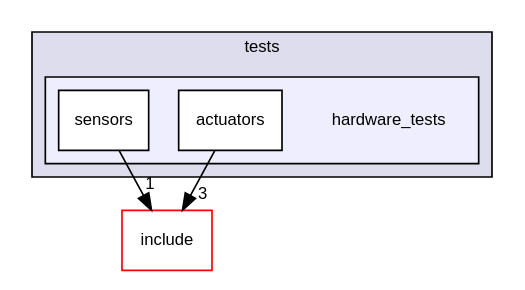
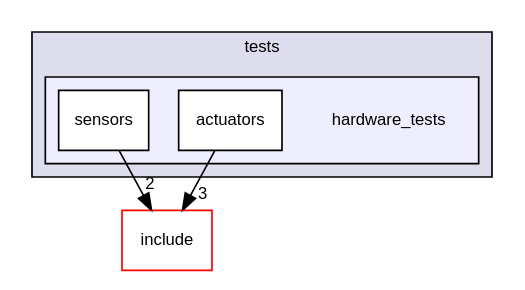
Before and after one commit to saleemhamo/traffic-light-system: the diagram in dir_00623b0af23f83b5340724c4324123c9_dep.dot, drawn with Graphviz. The commit also changed 138 other files, not shown here.

```diff
--- a/dir_00623b0af23f83b5340724c4324123c9_dep.dot
+++ b/dir_00623b0af23f83b5340724c4324123c9_dep.dot
@@ -1,17 +1,17 @@
 digraph "tests/hardware_tests" {
   compound=true
   node [ fontsize="10", fontname="Helvetica"];
   edge [ labelfontsize="10", labelfontname="Helvetica"];
   subgraph clusterdir_59425e443f801f1f2fd8bbe4959a3ccf {
     graph [ bgcolor="#ddddee", pencolor="black", label="tests" fontname="Helvetica", fontsize="10", URL="dir_59425e443f801f1f2fd8bbe4959a3ccf.html"]
   subgraph clusterdir_00623b0af23f83b5340724c4324123c9 {
     graph [ bgcolor="#eeeeff", pencolor="black", label="" URL="dir_00623b0af23f83b5340724c4324123c9.html"];
     dir_00623b0af23f83b5340724c4324123c9 [shape=plaintext label="hardware_tests"];
   dir_3af4d2c2347febd8e13f0826fc17f7b2 [shape=box label="actuators" fillcolor="white" style="filled" URL="dir_3af4d2c2347febd8e13f0826fc17f7b2.html"];
   dir_31162bcdb1c7505d98071a693a1b2499 [shape=box label="sensors" fillcolor="white" style="filled" URL="dir_31162bcdb1c7505d98071a693a1b2499.html"];
   }
   }
   dir_d44c64559bbebec7f509842c48db8b23 [shape=box label="include" fillcolor="white" style="filled" color="red" URL="dir_d44c64559bbebec7f509842c48db8b23.html"];
   dir_3af4d2c2347febd8e13f0826fc17f7b2->dir_d44c64559bbebec7f509842c48db8b23 [headlabel="3", labeldistance=1.5 headhref="dir_000015_000000.html"];
-  dir_31162bcdb1c7505d98071a693a1b2499->dir_d44c64559bbebec7f509842c48db8b23 [headlabel="1", labeldistance=1.5 headhref="dir_000016_000000.html"];
+  dir_31162bcdb1c7505d98071a693a1b2499->dir_d44c64559bbebec7f509842c48db8b23 [headlabel="2", labeldistance=1.5 headhref="dir_000016_000000.html"];
 }
```
